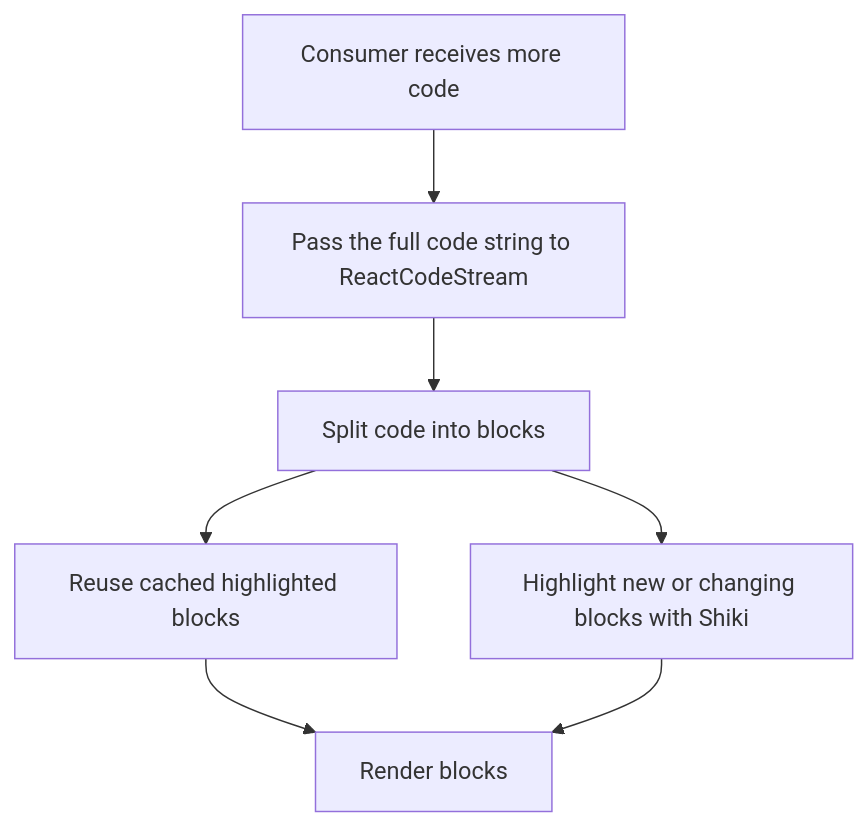
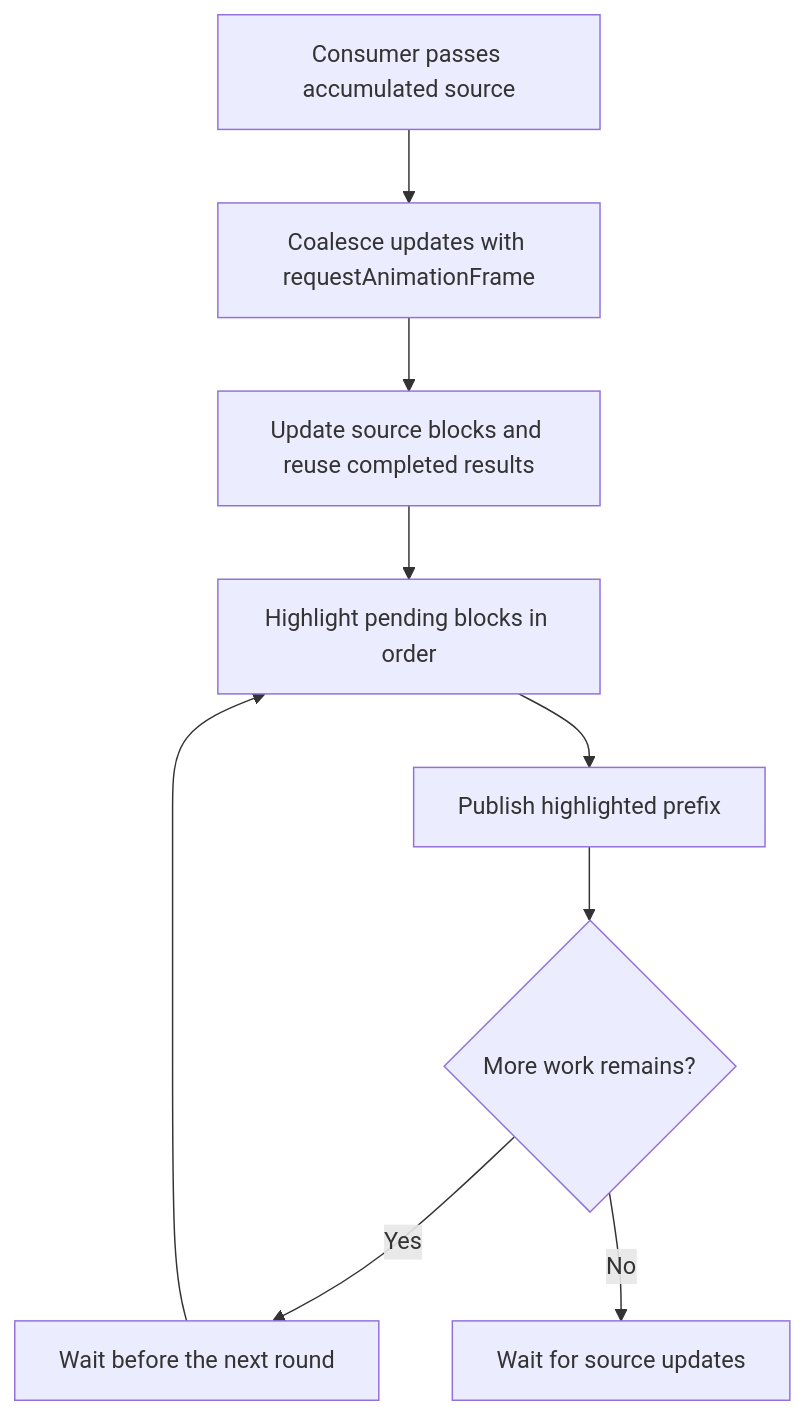
The diagram in docs/architecture.md (71203mayank/react-code-stream), drawn with Mermaid before and after one commit. The commit also changed other lines of this file and 8 other files, not shown here.

````diff
--- a/docs/architecture.md
+++ b/docs/architecture.md
@@ -19,9 +20,11 @@
 ```mermaid
 flowchart TD
-    A[Consumer receives more code] --> B[Pass the full code string to ReactCodeStream]
-    B --> C[Split code into blocks]
-    C --> D[Reuse cached highlighted blocks]
-    C --> E[Highlight new or changing blocks with Shiki]
-    D --> F[Render blocks]
-    E --> F
+    A[Consumer passes accumulated source] --> B[Coalesce updates with requestAnimationFrame]
+    B --> C[Update source blocks and reuse completed results]
+    C --> D[Highlight pending blocks in order]
+    D --> E[Publish highlighted prefix]
+    E --> F{More work remains?}
+    F -->|Yes| G[Wait before the next round]
+    G --> D
+    F -->|No| H[Wait for source updates]
 ```
````
